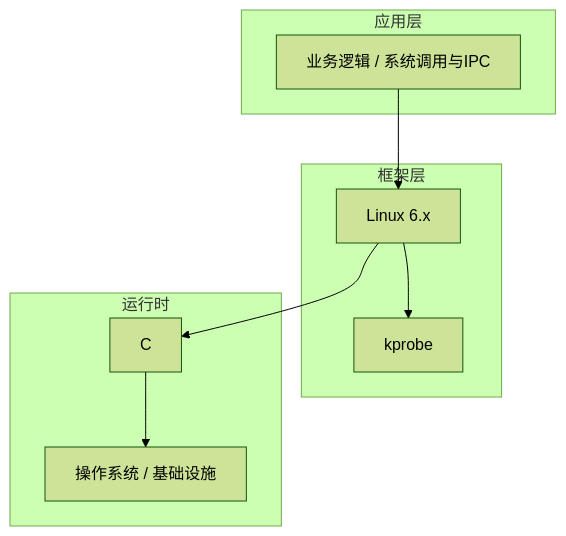
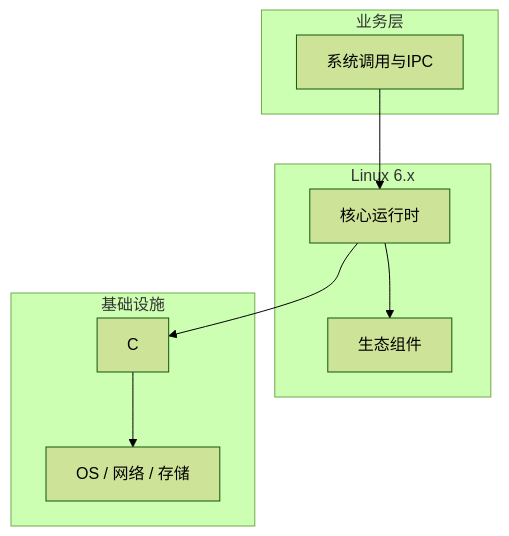
One commit to yanggan2015/knowledge-json-v2 changed the diagram in articles/Linux内核/chapters/161-系统调用与IPC核心概念与原理.md. Above: the diagram before and after it, drawn with Mermaid (forest theme). The commit also changed other lines of this file and 10127 other files, not shown here.

````diff
--- a/articles/Linux内核/chapters/161-系统调用与IPC核心概念与原理.md
+++ b/articles/Linux内核/chapters/161-系统调用与IPC核心概念与原理.md
@@ -45,18 +34,18 @@
 ```mermaid
 graph TB
-    subgraph 应用层
-        A[业务逻辑 / 系统调用与IPC]
+    subgraph 业务层
+        A[系统调用与IPC]
     end
-    subgraph 框架层
-        B[Linux 6.x]
-        C[kprobe]
+    subgraph Linux 6.x
+        B[核心运行时]
+        C[生态组件]
     end
-    subgraph 运行时
+    subgraph 基础设施
         D[C]
-        E[操作系统 / 基础设施]
+        E[OS / 网络 / 存储]
     end
     A --> B
     B --> C
     B --> D
     D --> E
 ```
````
